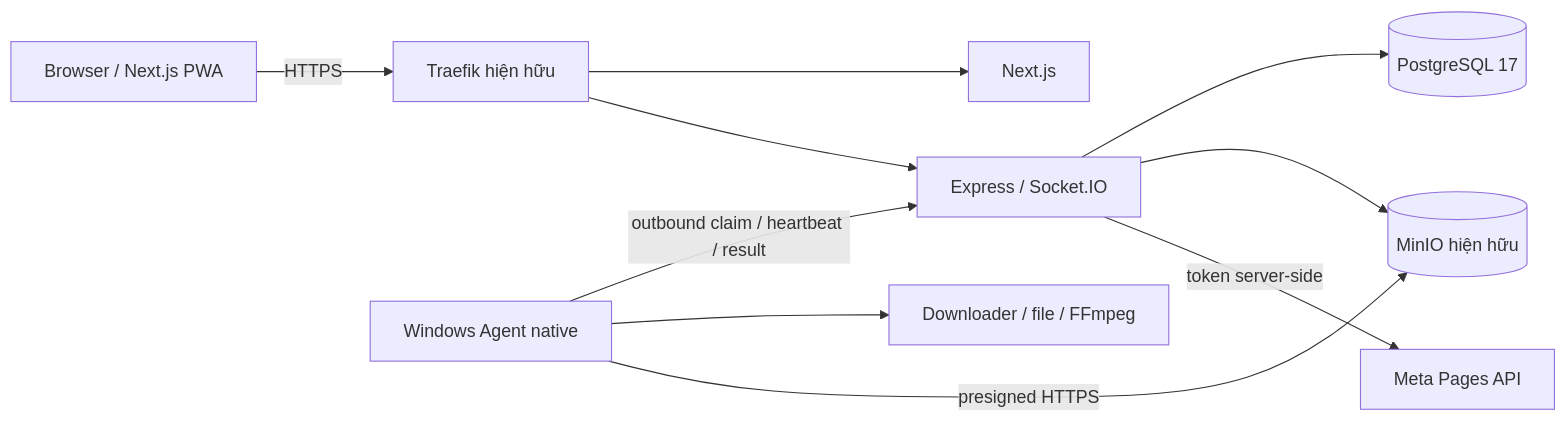
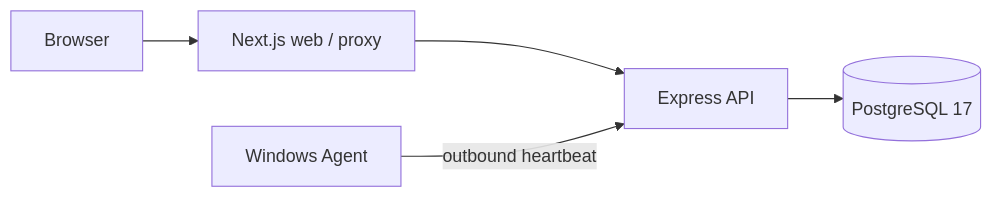
The diagram in docs/ARCHITECTURE.md (peppa2k3/remote_automation_control), drawn with Mermaid before and after one commit. The commit also changed other lines of this file and 29 other files, not shown here.

````diff
--- a/docs/ARCHITECTURE.md
+++ b/docs/ARCHITECTURE.md
@@ -15,12 +5,7 @@
 ```mermaid
 flowchart LR
-  UI[Browser / Next.js PWA] -->|HTTPS| Proxy[Traefik hiện hữu]
-  Proxy --> FE[Next.js]
-  Proxy --> API[Express / Socket.IO]
-  API --> DB[(PostgreSQL 17)]
-  Agent[Windows Agent native] -->|outbound claim / heartbeat / result| API
-  Agent --> Workers[Downloader / file / FFmpeg]
-  Agent -->|presigned HTTPS| Storage[(MinIO hiện hữu)]
-  API --> Storage
-  API -->|token server-side| Meta[Meta Pages API]
+  B[Browser] --> F[Next.js web / proxy]
+  F --> A[Express API]
+  W[Windows Agent] -->|outbound heartbeat| A
+  A --> D[(PostgreSQL 17)]
 ```
````
